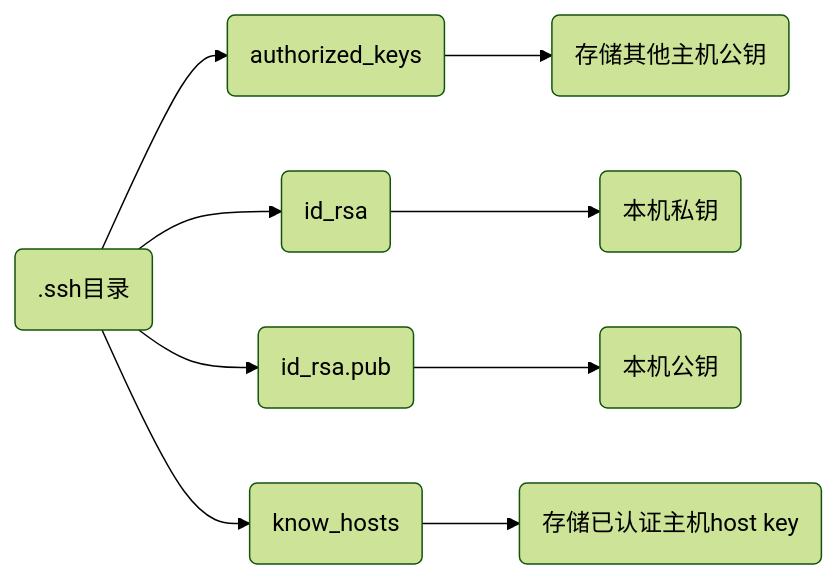
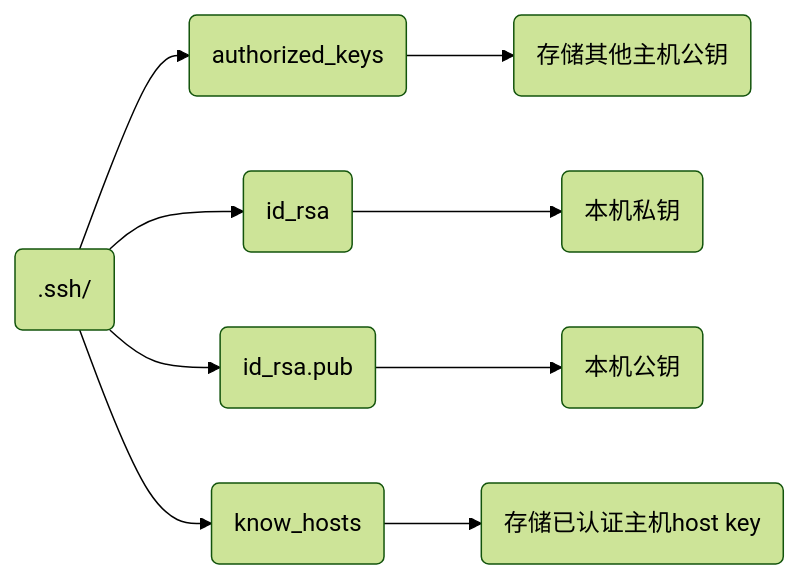
The diagram in _posts/operating_system/linux/system/2021-03-14-linux ssh.md (dmjcb/dmjcb.github.io), drawn with Mermaid (forest theme) before and after one commit. The commit also changed other lines of this file and 110 other files, not shown here.

````diff
--- a/_posts/operating_system/linux/system/2021-03-14-linux ssh.md
+++ b/_posts/operating_system/linux/system/2021-03-14-linux ssh.md
@@ -89,8 +108,8 @@
 ```mermaid
 graph LR;
-    S(.ssh目录)
+    S(.ssh/)
     S-->A(authorized_keys)-->A1(存储其他主机公钥)
     S-->B(id_rsa)-->B1(本机私钥)
     S-->C(id_rsa.pub)-->C1(本机公钥)
     S-->D(know_hosts)-->D1(存储已认证主机host key)
 ```
````
